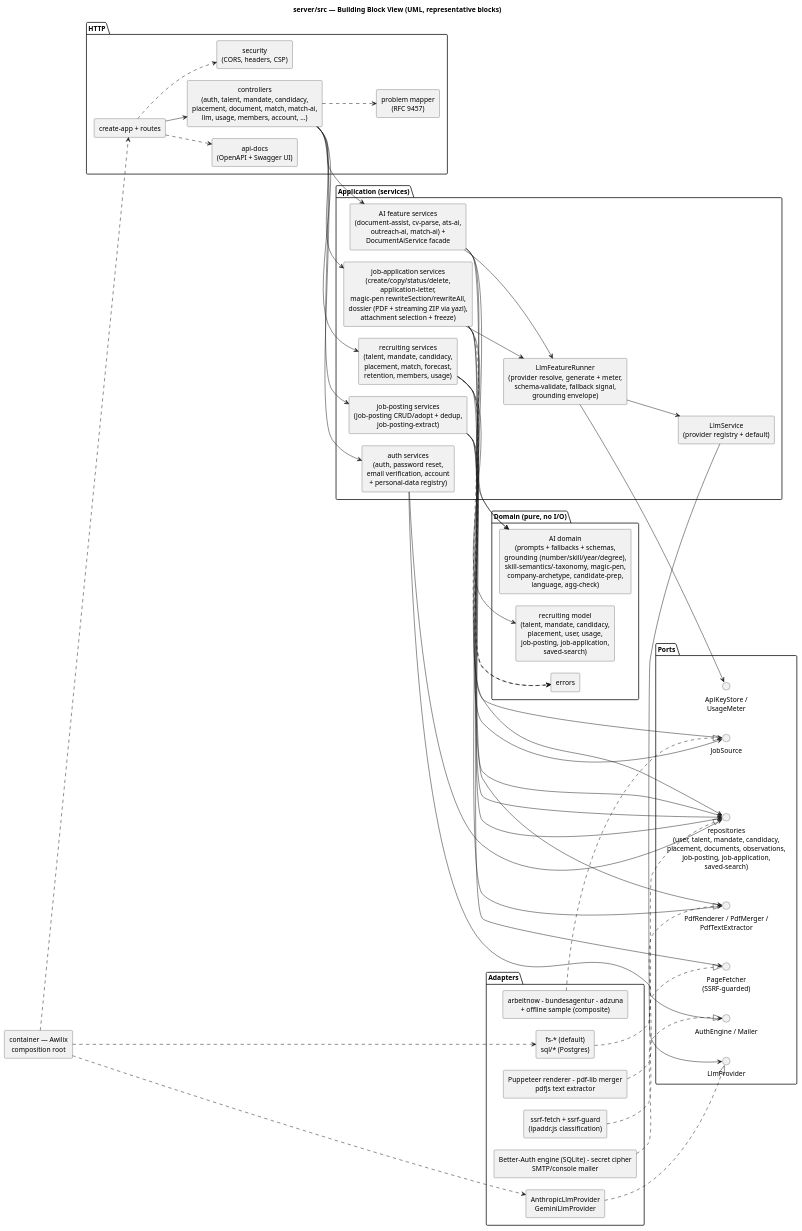
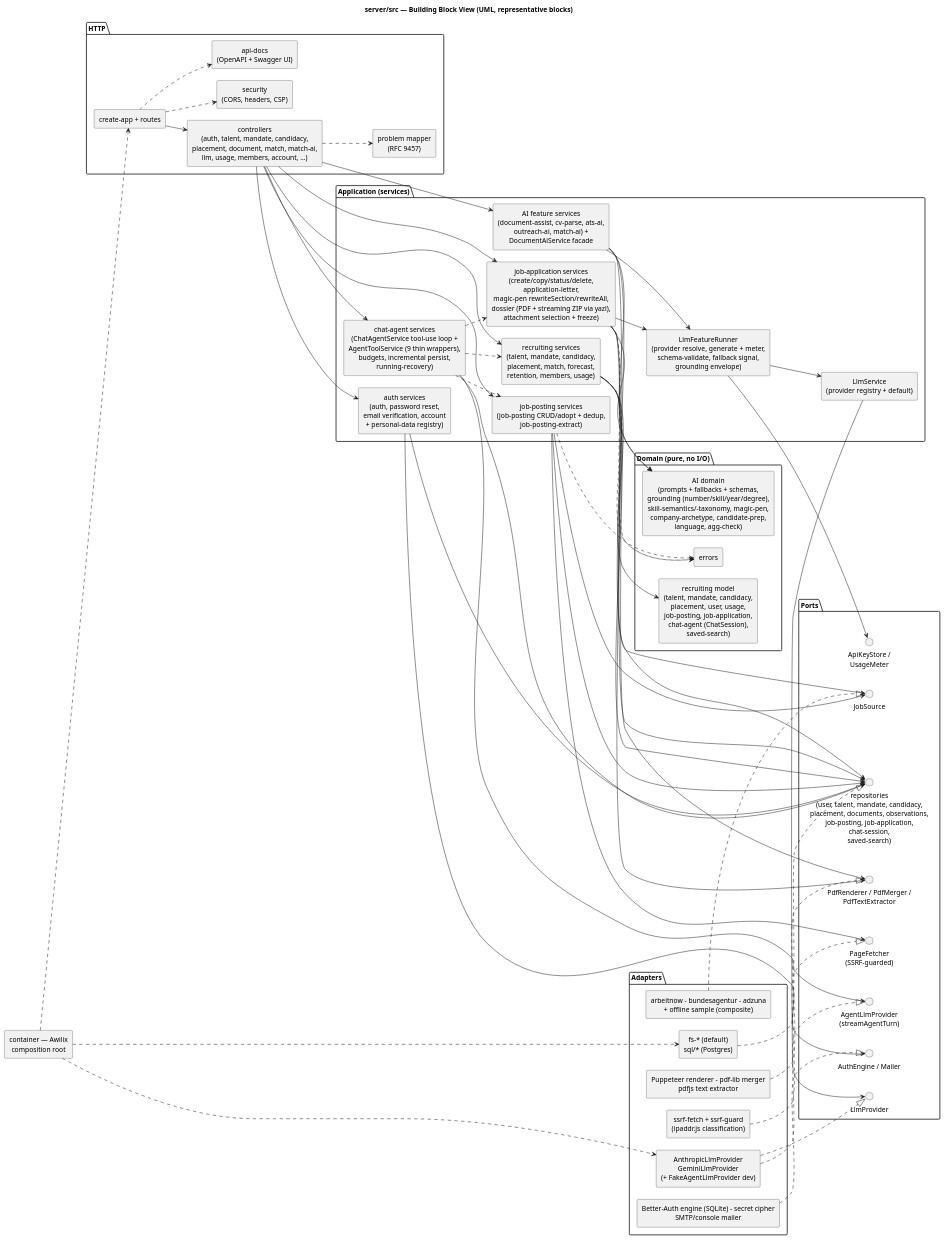
The diagram in docs/umls/05_building_blocks.puml (NexusHero/Resume), drawn with PlantUML before and after one commit. The commit also changed 73 other files, not shown here.

```diff
--- a/docs/umls/05_building_blocks.puml
+++ b/docs/umls/05_building_blocks.puml
@@ -1,99 +1,108 @@
 @startuml 05_building_blocks
 title server/src — Building Block View (UML, representative blocks)
 
 skinparam shadowing false
 skinparam componentStyle rectangle
 skinparam defaultTextAlignment center
 skinparam nodesep 25
 skinparam ranksep 45
 left to right direction
 
 package "HTTP" {
   [create-app + routes] as App
   [controllers\n(auth, talent, mandate, candidacy,\nplacement, document, match, match-ai,\nllm, usage, members, account, ...)] as Ctrl
   [problem mapper\n(RFC 9457)] as Problem
   [security\n(CORS, headers, CSP)] as Security
   [api-docs\n(OpenAPI + Swagger UI)] as Docs
 }
 
 package "Application (services)" {
   [LlmFeatureRunner\n(provider resolve, generate + meter,\nschema-validate, fallback signal,\ngrounding envelope)] as Runner
   [AI feature services\n(document-assist, cv-parse, ats-ai,\noutreach-ai, match-ai) +\nDocumentAiService facade] as AiSvc
   [recruiting services\n(talent, mandate, candidacy,\nplacement, match, forecast,\nretention, members, usage)] as RecSvc
   [job-posting services\n(job-posting CRUD/adopt + dedup,\njob-posting-extract)] as JobPostingSvc
   [job-application services\n(create/copy/status/delete,\napplication-letter,\nmagic-pen rewriteSection/rewriteAll,\ndossier (PDF + streaming ZIP via yazl),\nattachment selection + freeze)] as JobAppSvc
+  [chat-agent services\n(ChatAgentService tool-use loop +\nAgentToolService (9 thin wrappers),\nbudgets, incremental persist,\nrunning-recovery)] as AgentSvc
   [auth services\n(auth, password reset,\nemail verification, account\n+ personal-data registry)] as AuthSvc
   [LlmService\n(provider registry + default)] as LlmSvc
 }
 
 package "Domain (pure, no I/O)" {
-  [recruiting model\n(talent, mandate, candidacy,\nplacement, user, usage,\njob-posting, job-application,\nsaved-search)] as Model
+  [recruiting model\n(talent, mandate, candidacy,\nplacement, user, usage,\njob-posting, job-application,\nchat-agent (ChatSession),\nsaved-search)] as Model
   [AI domain\n(prompts + fallbacks + schemas,\ngrounding (number/skill/year/degree),\nskill-semantics/-taxonomy, magic-pen,\ncompany-archetype, candidate-prep,\nlanguage, agg-check)] as AiDomain
   [errors] as DomainErrors
 }
 
 package "Ports" {
-  interface "repositories\n(user, talent, mandate, candidacy,\nplacement, documents, observations,\njob-posting, job-application,\nsaved-search)" as Repos
+  interface "repositories\n(user, talent, mandate, candidacy,\nplacement, documents, observations,\njob-posting, job-application,\nchat-session,\nsaved-search)" as Repos
   interface LlmProvider
+  interface "AgentLlmProvider\n(streamAgentTurn)" as AgentLlmPort
   interface "ApiKeyStore /\nUsageMeter" as Keys
   interface "AuthEngine / Mailer" as AuthPorts
   interface "PdfRenderer / PdfMerger /\nPdfTextExtractor" as PdfPorts
   interface JobSource
   interface "PageFetcher\n(SSRF-guarded)" as PageFetcher
 }
 
 package "Adapters" {
   [fs-* (default)\nsql/* (Postgres)] as StoreAdapters
-  [AnthropicLlmProvider\nGeminiLlmProvider] as LlmAdapters
+  [AnthropicLlmProvider\nGeminiLlmProvider\n(+ FakeAgentLlmProvider dev)] as LlmAdapters
   [Better-Auth engine (SQLite) - secret cipher\nSMTP/console mailer] as AuthAdapters
   [Puppeteer renderer - pdf-lib merger\npdfjs text extractor] as PdfAdapters
   [arbeitnow - bundesagentur - adzuna\n+ offline sample (composite)] as JobAdapters
   [ssrf-fetch + ssrf-guard\n(ipaddr.js classification)] as SsrfAdapter
 }
 
 [container — Awilix\ncomposition root] as Container
 
 App --> Ctrl
 App ..> Security
 App ..> Docs
 Ctrl ..> Problem
 Ctrl --> AiSvc
 Ctrl --> RecSvc
 Ctrl --> AuthSvc
 Ctrl --> JobPostingSvc
 Ctrl --> JobAppSvc
+Ctrl --> AgentSvc
 AiSvc --> Runner
 Runner --> LlmSvc
 Runner --> Keys
 AiSvc --> AiDomain
 RecSvc --> Model
 AuthSvc --> AuthPorts
 AiSvc --> Repos
 RecSvc --> Repos
 AuthSvc --> Repos
 JobPostingSvc --> Repos
 JobPostingSvc --> JobSource
 JobPostingSvc --> PageFetcher
 JobAppSvc --> Repos
 JobAppSvc --> Runner
 JobAppSvc --> AiDomain
+AgentSvc --> AgentLlmPort
+AgentSvc --> Repos
+AgentSvc ..> RecSvc
+AgentSvc ..> JobPostingSvc
+AgentSvc ..> JobAppSvc
 RecSvc ..> DomainErrors
 JobPostingSvc ..> DomainErrors
 JobAppSvc ..> DomainErrors
 AiSvc --> PdfPorts
 JobAppSvc --> PdfPorts
 RecSvc --> JobSource
 LlmSvc --> LlmProvider
 
 StoreAdapters ..|> Repos
 LlmAdapters ..|> LlmProvider
+LlmAdapters ..|> AgentLlmPort
 AuthAdapters ..|> AuthPorts
 PdfAdapters ..|> PdfPorts
 JobAdapters ..|> JobSource
 SsrfAdapter ..|> PageFetcher
 
 Container ..> StoreAdapters
 Container ..> LlmAdapters
 Container ..> App
 
 @enduml
```
